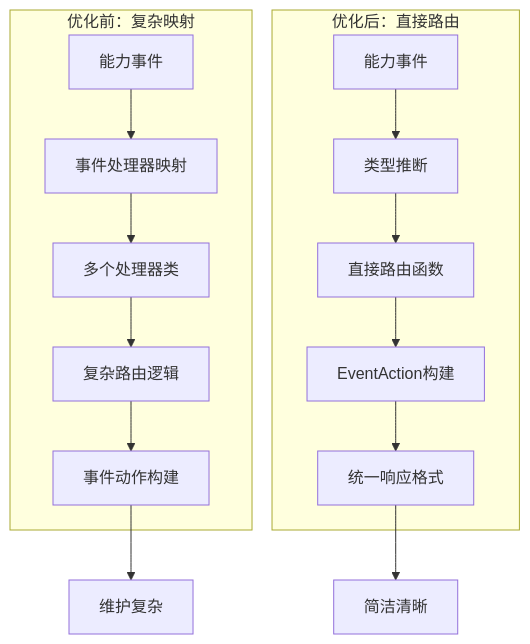
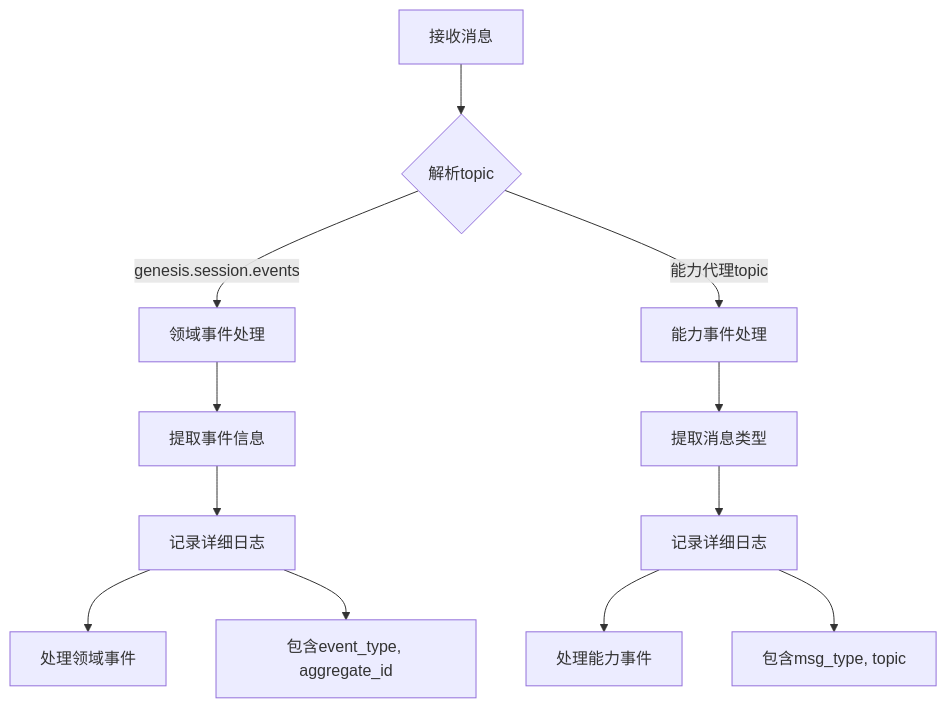
One commit to zhiyue/infinite-scribe changed diagram 50 of 52 in apps/backend/src/agents/orchestrator/README.md. Above: the diagram before and after it, drawn with Mermaid. The commit also changed other lines of this file and 1 other file, not shown here.

````diff
--- a/apps/backend/src/agents/orchestrator/README.md
+++ b/apps/backend/src/agents/orchestrator/README.md
@@ -3138,19 +3138,17 @@
 ```mermaid
 graph TD
-    subgraph "优化前：复杂映射"
-        A[能力事件] --> B[事件处理器映射]
-        B --> C[多个处理器类]
-        C --> D[复杂路由逻辑]
-        D --> E[事件动作构建]
-    end
+    A[接收消息] --> B{解析topic}
+    B -->|genesis.session.events| C[领域事件处理]
+    B -->|能力代理topic| D[能力事件处理]
     
-    subgraph "优化后：直接路由"
-        F[能力事件] --> G[类型推断]
-        G --> H[直接路由函数]
-        H --> I[EventAction构建]
-        I --> J[统一响应格式]
-    end
+    C --> E[提取事件信息]
+    E --> F[记录详细日志]
+    F --> G[处理领域事件]
     
-    E --> K[维护复杂]
-    J --> L[简洁清晰]
+    D --> H[提取消息类型]
+    H --> I[记录详细日志]
+    I --> J[处理能力事件]
+    
+    F --> K[包含event_type, aggregate_id]
+    I --> L[包含msg_type, topic]
 ```
````
